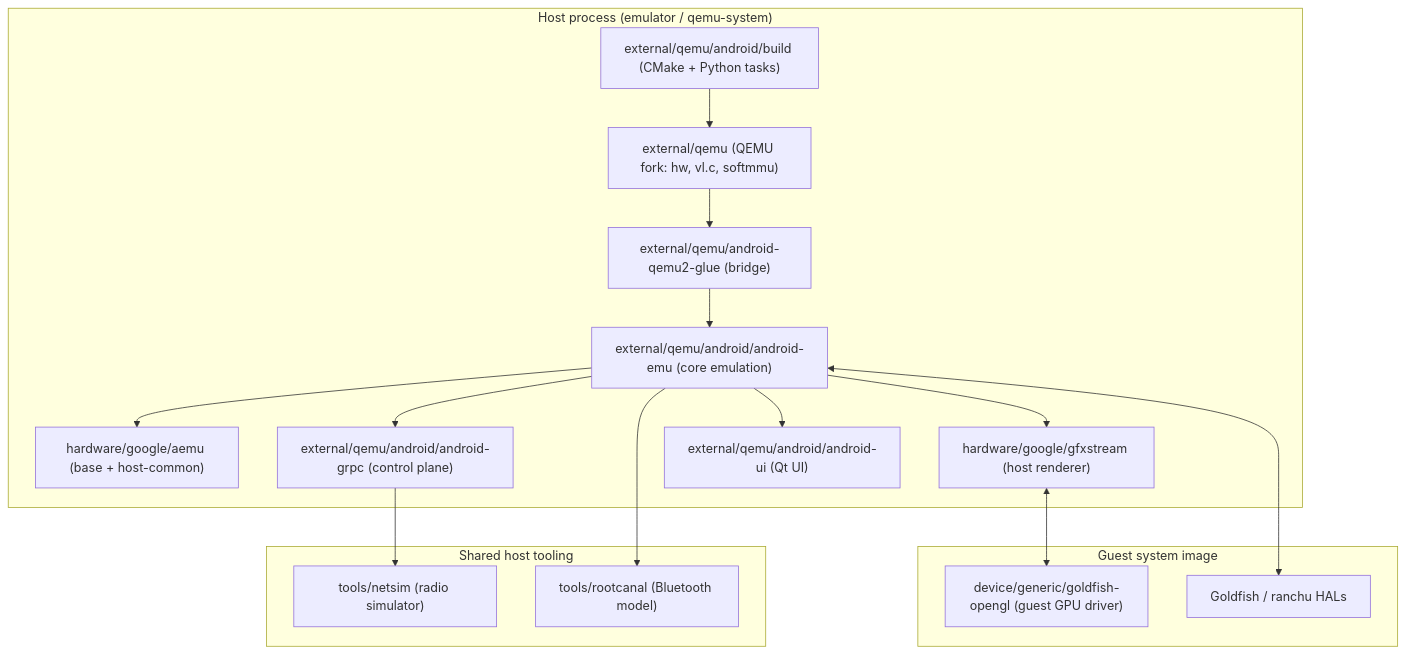
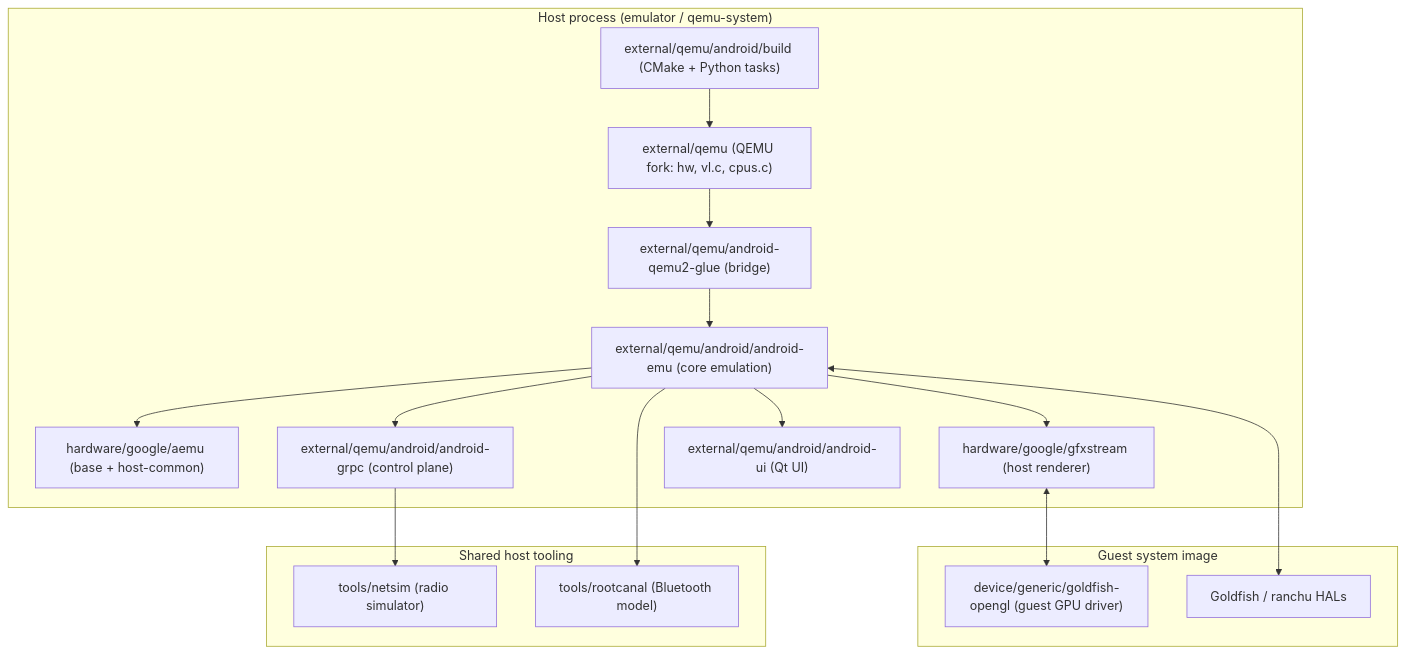
One commit to aospbooks/android-emulator-internal-book changed the diagram in A-appendix-key-files.md. Above: the diagram before and after it, drawn with Mermaid. The commit also changed other lines of this file and 21 other files, not shown here.

First line of the commit message:
Review pass: verify accuracy, fix mermaid parse error, converge chapters

````diff
--- a/A-appendix-key-files.md
+++ b/A-appendix-key-files.md
@@ -29,32 +29,32 @@
 ```mermaid
 flowchart TB
     subgraph HOST["Host process (emulator / qemu-system)"]
         BUILD["external/qemu/android/build (CMake + Python tasks)"]
-        QEMU["external/qemu (QEMU fork: hw, vl.c, softmmu)"]
+        QEMU["external/qemu (QEMU fork: hw, vl.c, cpus.c)"]
         GLUE["external/qemu/android-qemu2-glue (bridge)"]
         CORE["external/qemu/android/android-emu (core emulation)"]
         AEMU["hardware/google/aemu (base + host-common)"]
         GFX["hardware/google/gfxstream (host renderer)"]
         GRPC["external/qemu/android/android-grpc (control plane)"]
         UI["external/qemu/android/android-ui (Qt UI)"]
     end
     subgraph GUEST["Guest system image"]
         GOPENGL["device/generic/goldfish-opengl (guest GPU driver)"]
         HAL["Goldfish / ranchu HALs"]
     end
     subgraph TOOLS["Shared host tooling"]
         NETSIM["tools/netsim (radio simulator)"]
         RC["tools/rootcanal (Bluetooth model)"]
     end
     BUILD --> QEMU
     QEMU --> GLUE
     GLUE --> CORE
     CORE --> AEMU
     CORE --> GFX
     CORE --> GRPC
     CORE --> UI
     GFX <--> GOPENGL
     CORE <--> HAL
     GRPC --> NETSIM
     CORE --> RC
 ```
````
